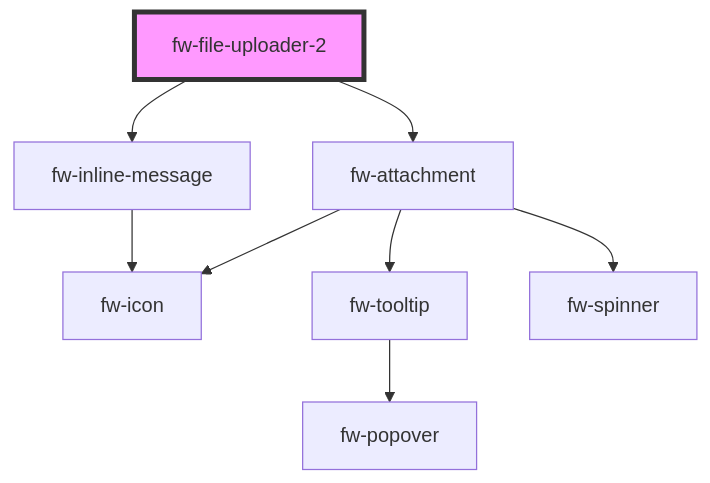
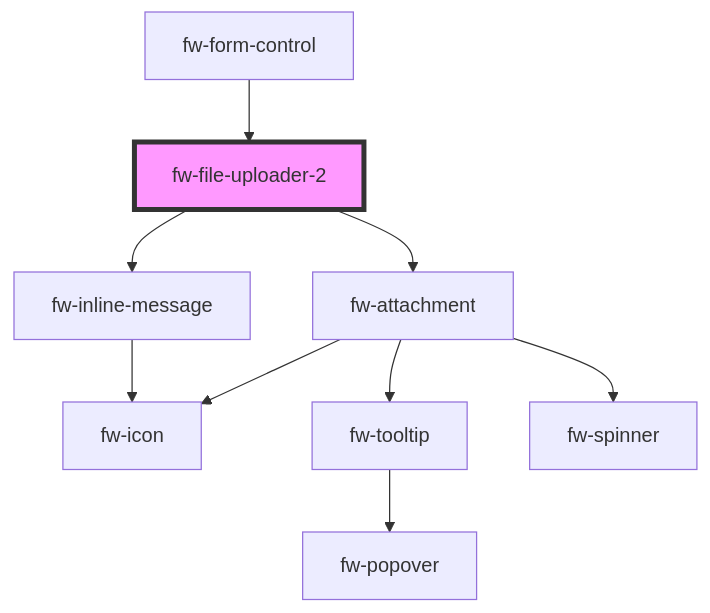
Before and after one commit to freshworks/crayons: the diagram in packages/crayons-core/src/components/file-uploader-2/readme.md, drawn with Mermaid. The commit also changed other lines of this file and 7 other files, not shown here.

Commit message:
feat(file-uploader-2): adding ability to use fw-file-uploader as part of fw-form

````diff
--- a/packages/crayons-core/src/components/file-uploader-2/readme.md
+++ b/packages/crayons-core/src/components/file-uploader-2/readme.md
@@ -352,11 +356,12 @@
 ```mermaid
 graph TD;
   fw-file-uploader-2 --> fw-attachment
   fw-file-uploader-2 --> fw-inline-message
   fw-attachment --> fw-icon
   fw-attachment --> fw-tooltip
   fw-attachment --> fw-spinner
   fw-tooltip --> fw-popover
   fw-inline-message --> fw-icon
+  fw-form-control --> fw-file-uploader-2
   style fw-file-uploader-2 fill:#f9f,stroke:#333,stroke-width:4px
 ```
````
